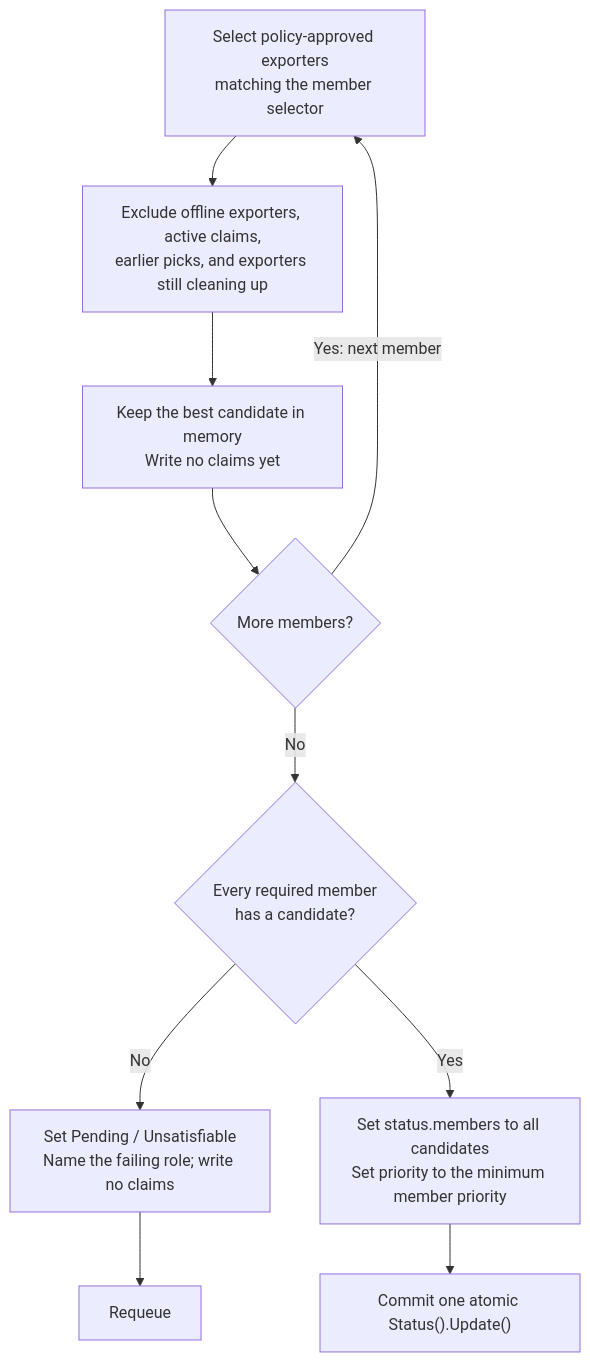
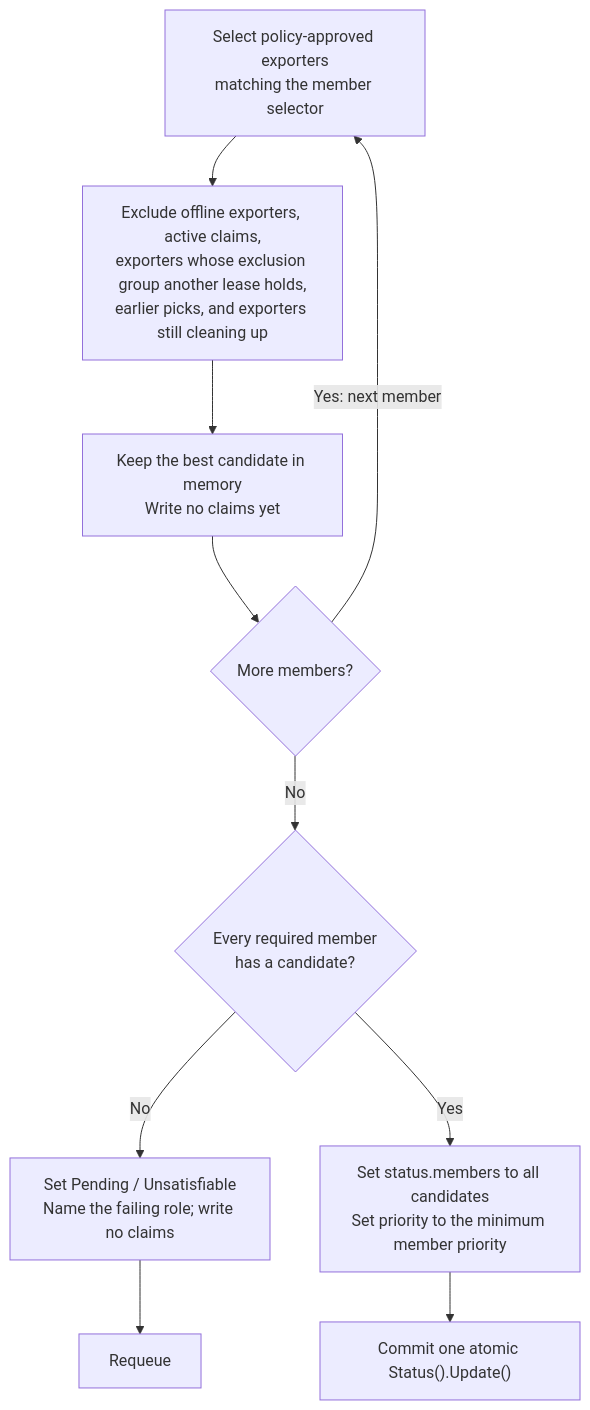
The second of 3 diagrams in docs/source/contributing/jeps/JEP-0015-multi-exporter-leases-port-forwarding.md (jumpstarter-dev/jumpstarter), drawn with Mermaid before and after one commit. The commit also changed other lines of this file, not shown here.

First line of the commit message:
docs(jep-0015): add scope summary, exclusion groups, and typed lease classes

````diff
--- a/docs/source/contributing/jeps/JEP-0015-multi-exporter-leases-port-forwarding.md
+++ b/docs/source/contributing/jeps/JEP-0015-multi-exporter-leases-port-forwarding.md
@@ -1184,18 +1482,18 @@
 ```{mermaid}
 flowchart TD
     select["Select policy-approved exporters<br/>matching the member selector"]
-    filter["Exclude offline exporters, active claims,<br/>earlier picks, and exporters still cleaning up"]
+    filter["Exclude offline exporters, active claims,<br/>exporters whose exclusion group another lease holds,<br/>earlier picks, and exporters still cleaning up"]
     candidate["Keep the best candidate in memory<br/>Write no claims yet"]
     more{"More members?"}
     complete{"Every required member<br/>has a candidate?"}
     pending["Set Pending / Unsatisfiable<br/>Name the failing role; write no claims"]
     requeue["Requeue"]
     bind["Set status.members to all candidates<br/>Set priority to the minimum member priority"]
     commit["Commit one atomic Status().Update()"]
 
     select --> filter --> candidate --> more
     more -->|"Yes: next member"| select
     more -->|No| complete
     complete -->|No| pending --> requeue
     complete -->|Yes| bind --> commit
 ```
````
